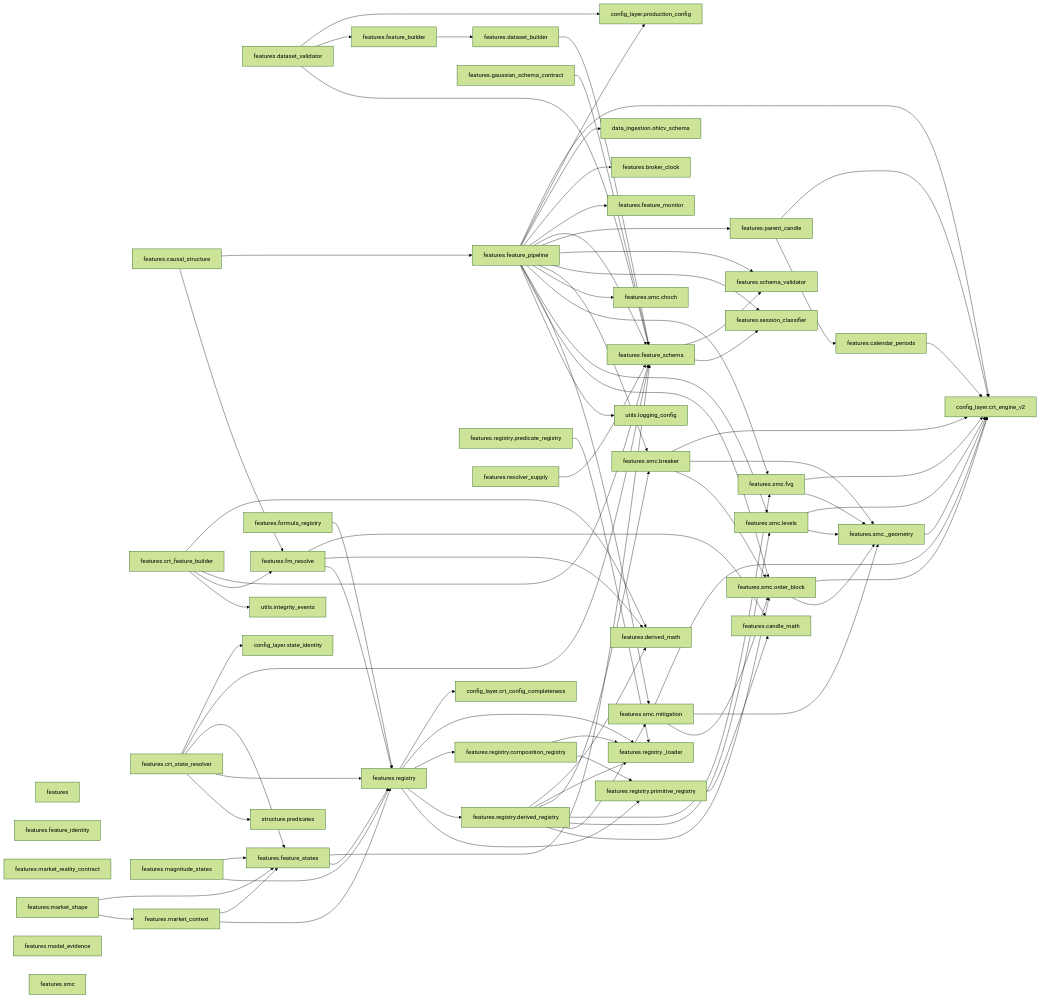
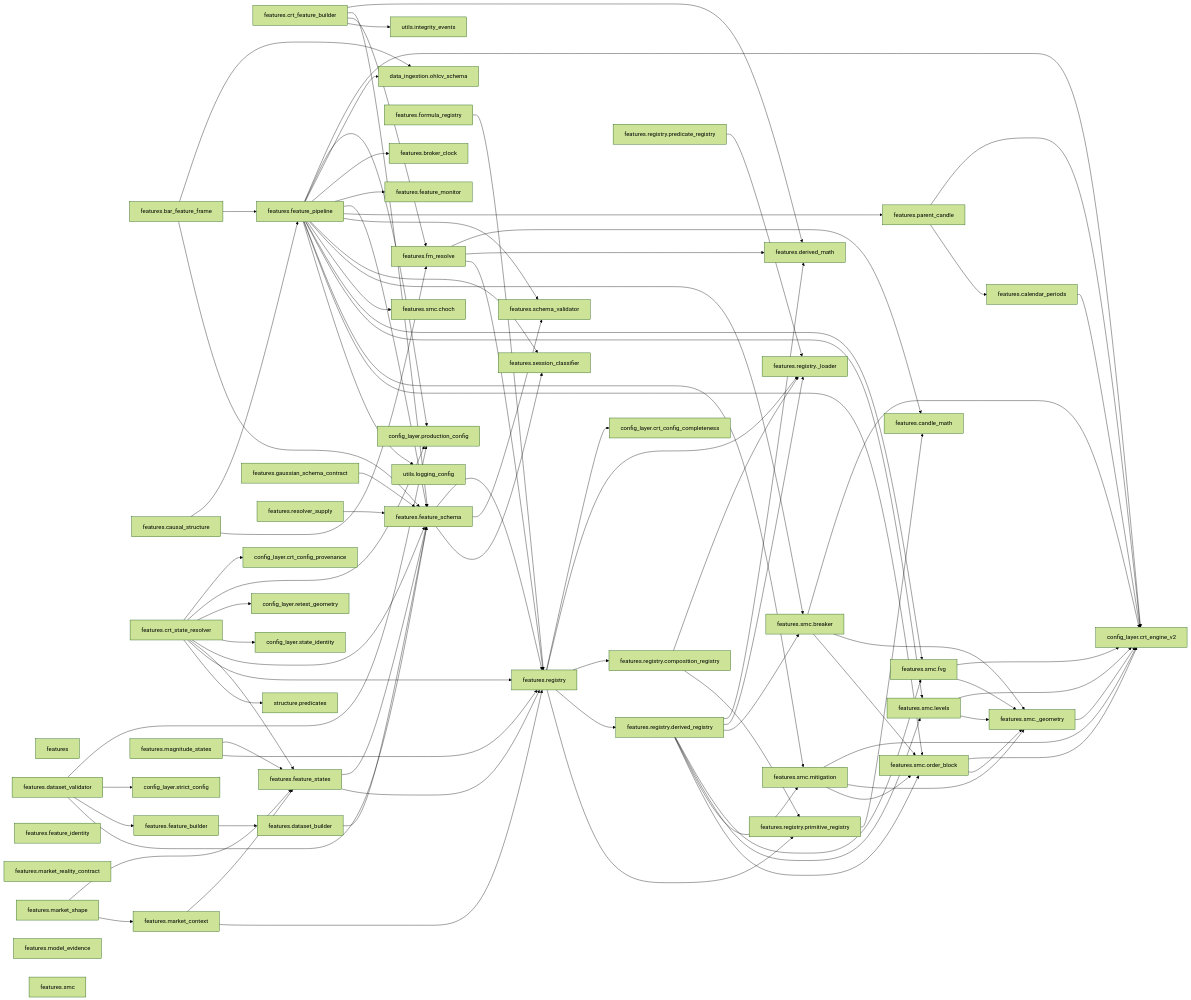
Diagram 15 of 41 in docs/architecture/code-map.generated.md (Chaithu1995-0312/TradeHlt), drawn with Mermaid (forest theme) before and after one commit. The commit also changed other lines of this file and 6 other files, not shown here.

````diff
--- a/docs/architecture/code-map.generated.md
+++ b/docs/architecture/code-map.generated.md
@@ -945,6 +1026,7 @@
 ```mermaid
 flowchart LR
     features["features"]
+    features_bar_feature_frame["features.bar_feature_frame"]
     features_broker_clock["features.broker_clock"]
     features_calendar_periods["features.calendar_periods"]
     features_candle_math["features.candle_math"]
@@ -987,13 +1069,19 @@
     features_smc_mitigation["features.smc.mitigation"]
     features_smc_order_block["features.smc.order_block"]
     config_layer_crt_config_completeness["config_layer.crt_config_completeness"]
+    config_layer_crt_config_provenance["config_layer.crt_config_provenance"]
     config_layer_crt_engine_v2["config_layer.crt_engine_v2"]
     config_layer_production_config["config_layer.production_config"]
+    config_layer_retest_geometry["config_layer.retest_geometry"]
     config_layer_state_identity["config_layer.state_identity"]
+    config_layer_strict_config["config_layer.strict_config"]
     data_ingestion_ohlcv_schema["data_ingestion.ohlcv_schema"]
     structure_predicates["structure.predicates"]
     utils_integrity_events["utils.integrity_events"]
     utils_logging_config["utils.logging_config"]
+    features_bar_feature_frame --> data_ingestion_ohlcv_schema
+    features_bar_feature_frame --> features_feature_pipeline
+    features_bar_feature_frame --> features_feature_schema
     features_calendar_periods --> config_layer_crt_engine_v2
     features_causal_structure --> features_feature_pipeline
     features_causal_structure --> features_fm_resolve
@@ -1001,6 +1089,9 @@
     features_crt_feature_builder --> features_feature_schema
     features_crt_feature_builder --> features_fm_resolve
     features_crt_feature_builder --> utils_integrity_events
+    features_crt_state_resolver --> config_layer_crt_config_provenance
+    features_crt_state_resolver --> config_layer_production_config
+    features_crt_state_resolver --> config_layer_retest_geometry
     features_crt_state_resolver --> config_layer_state_identity
     features_crt_state_resolver --> features_feature_schema
     features_crt_state_resolver --> features_feature_states
@@ -1008,6 +1099,7 @@
     features_crt_state_resolver --> structure_predicates
     features_dataset_builder --> features_feature_schema
     features_dataset_validator --> config_layer_production_config
+    features_dataset_validator --> config_layer_strict_config
     features_dataset_validator --> features_feature_builder
     features_dataset_validator --> features_feature_schema
     features_feature_builder --> features_dataset_builder
@@ -1027,6 +1119,7 @@
     features_feature_pipeline --> features_smc_mitigation
     features_feature_pipeline --> features_smc_order_block
     features_feature_pipeline --> utils_logging_config
+    features_feature_schema --> features_registry
     features_feature_schema --> features_schema_validator
     features_feature_schema --> features_session_classifier
     features_feature_states --> features_feature_schema
````
